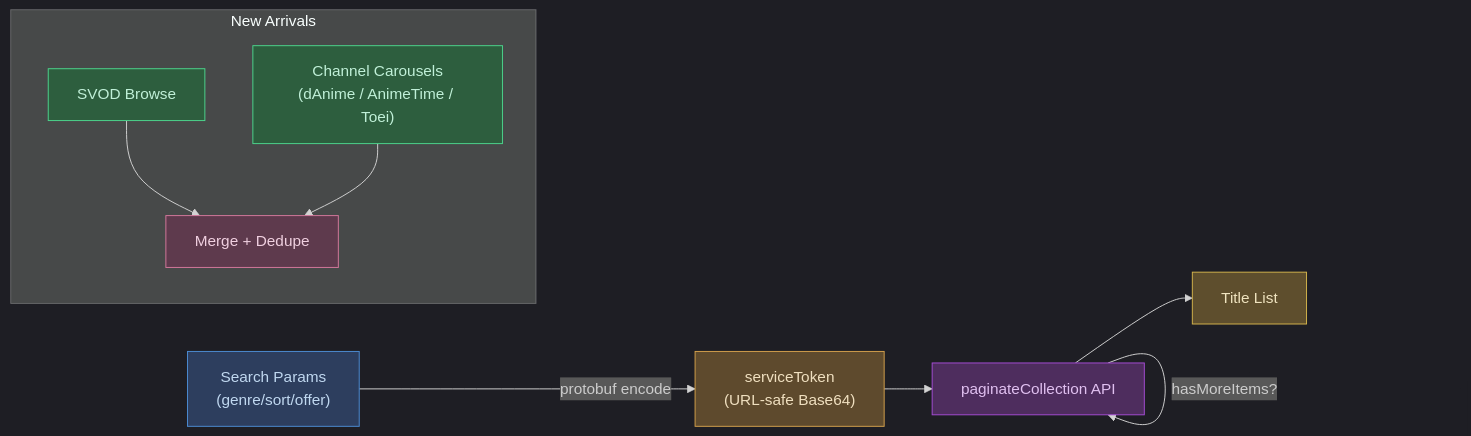
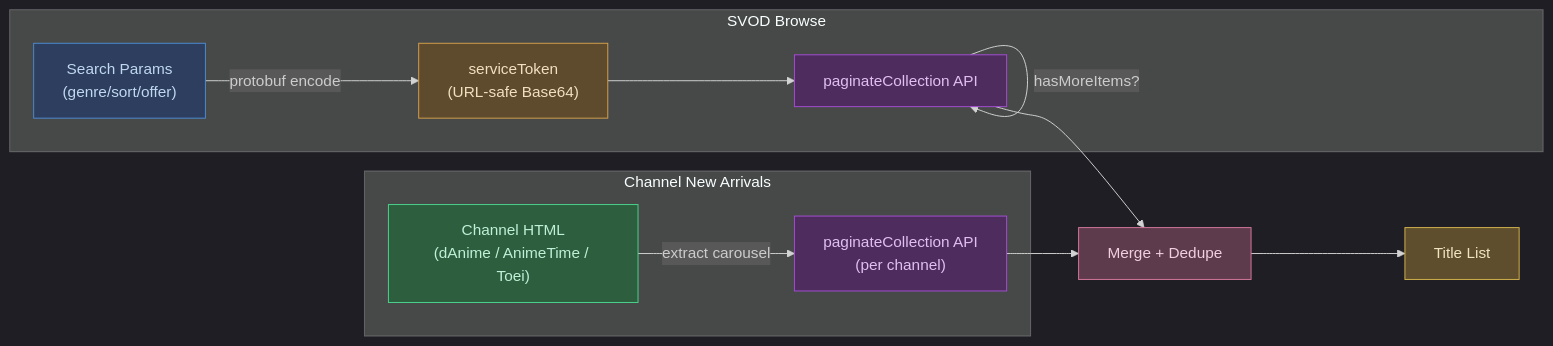
One commit to tkgstrator/anime-tracker changed the second of 5 diagrams in README.md. Above: the diagram before and after it, drawn with Mermaid.

Commit message:
fix(readme): unify Prime Video title list Mermaid diagram
Connect SVOD browse and channel carousel flows into a single diagram
showing both feed into Merge + Dedupe → Title List.

````diff
--- a/README.md
+++ b/README.md
@@ -108,21 +108,25 @@
 ```mermaid
 %%{init: {'theme': 'dark'}}%%
 graph LR
-    Params["Search Params<br/>(genre/sort/offer)"] -->|protobuf encode| Token["serviceToken<br/>(URL-safe Base64)"]
-    Token --> Paginate["paginateCollection API"]
-    Paginate -->|"hasMoreItems?"| Paginate
-    Paginate --> Titles["Title List"]
+    subgraph SVOD ["SVOD Browse"]
+        Params["Search Params<br/>(genre/sort/offer)"] -->|protobuf encode| Token["serviceToken<br/>(URL-safe Base64)"]
+        Token --> Paginate["paginateCollection API"]
+        Paginate -->|"hasMoreItems?"| Paginate
+    end
 
-    subgraph NewArrivals ["New Arrivals"]
-        SVOD["SVOD Browse"] --> Union["Merge + Dedupe"]
-        Channels["Channel Carousels<br/>(dAnime / AnimeTime / Toei)"] --> Union
+    subgraph Channels ["Channel New Arrivals"]
+        ChPage["Channel HTML<br/>(dAnime / AnimeTime / Toei)"] -->|"extract carousel"| ChPag["paginateCollection API<br/>(per channel)"]
     end
+
+    Paginate --> Merge["Merge + Dedupe"]
+    ChPag --> Merge
+    Merge --> Titles["Title List"]
 
     style Params fill:#2d3e5e,stroke:#4c8cd4,color:#c0d8f0
     style Token fill:#5e4a2d,stroke:#d4a04c,color:#f0e0c0
+    style Paginate fill:#4e2d5e,stroke:#a44cd4,color:#e0c0f0
+    style ChPage fill:#2d5e3e,stroke:#4cd48c,color:#c0f0d8
+    style ChPag fill:#4e2d5e,stroke:#a44cd4,color:#e0c0f0
+    style Merge fill:#5e3a4d,stroke:#d4789c,color:#f0d0e0
     style Titles fill:#5e4e2d,stroke:#d4b44c,color:#f0e4c0
-    style Paginate fill:#4e2d5e,stroke:#a44cd4,color:#e0c0f0
-    style SVOD fill:#2d5e3e,stroke:#4cd48c,color:#c0f0d8
-    style Channels fill:#2d5e3e,stroke:#4cd48c,color:#c0f0d8
-    style Union fill:#5e3a4d,stroke:#d4789c,color:#f0d0e0
 ```
````
